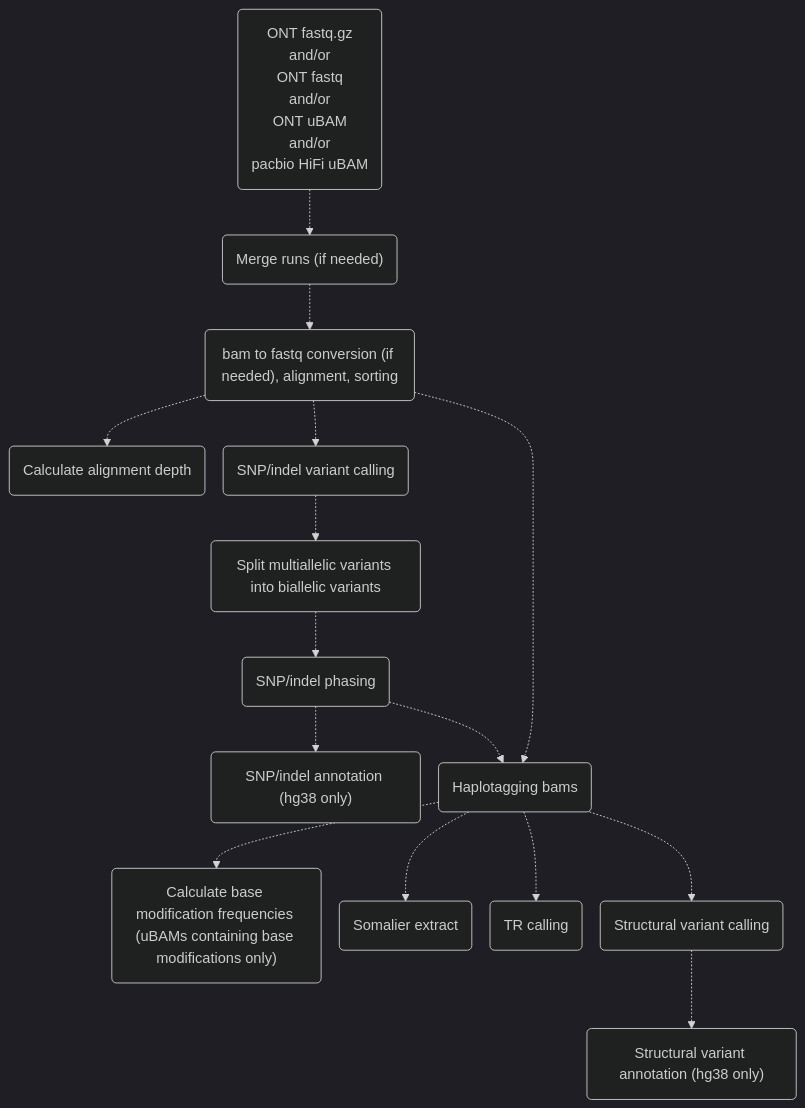
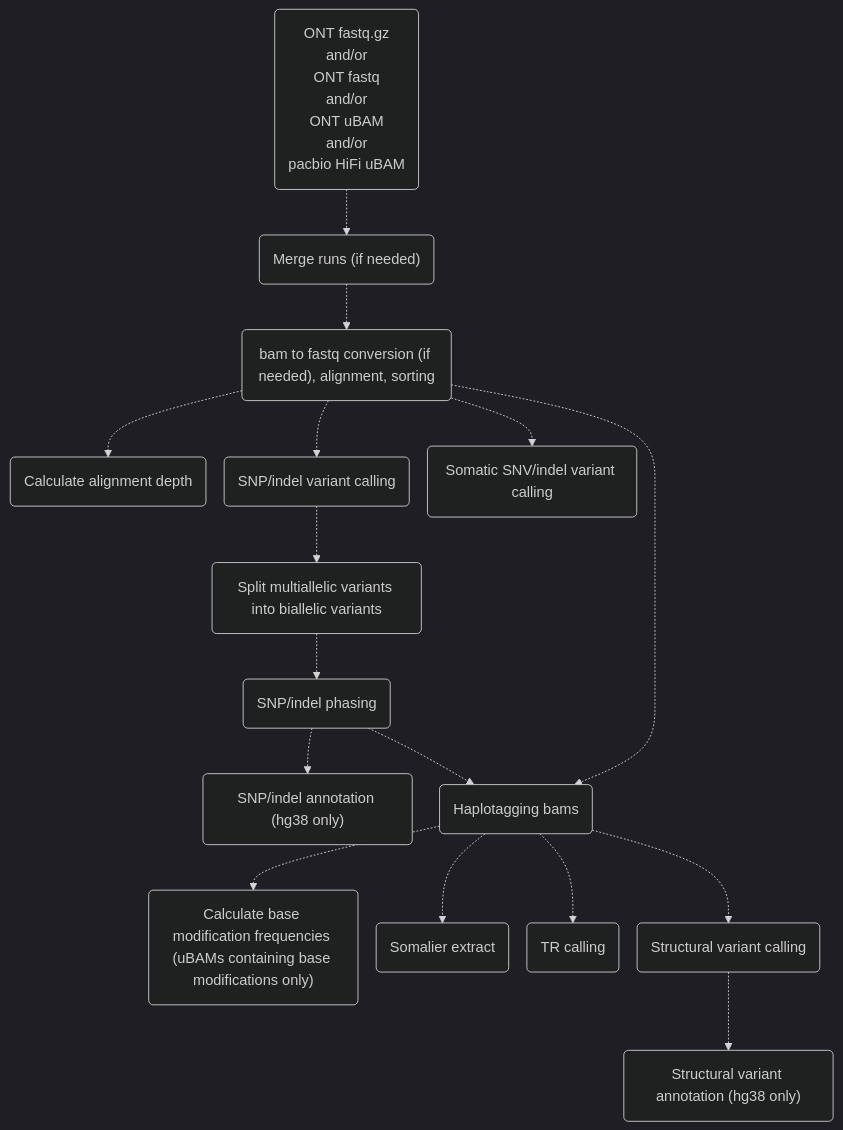
The first of 3 diagrams in docs/pipeface/info.md (leahkemp/pipeface), drawn with Mermaid before and after one commit. The commit also changed other lines of this file and 7 other files, not shown here.

````diff
--- a/docs/pipeface/info.md
+++ b/docs/pipeface/info.md
@@ -7,29 +7,31 @@
 ```mermaid
 %%{init:{'theme':'dark','themeVariables':{'fontSize':'11'},'flowchart':{'nodeSpacing':20}}}%%
 flowchart TB
 
 input_data("ONT fastq.gz <br> and/or <br> ONT fastq <br> and/or <br> ONT uBAM <br> and/or <br> pacbio HiFi uBAM")
 merging("Merge runs (if needed)")
 alignment("bam to fastq conversion (if needed), alignment, sorting")
 depth("Calculate alignment depth")
 snp_indel_calling("SNP/indel variant calling")
+somatic_calling("Somatic SNV/indel variant calling")
 split_multiallele("Split multiallelic variants into biallelic variants")
 snp_indel_phasing("SNP/indel phasing")
 snp_indel_annotation("SNP/indel annotation (hg38 only)")
 haplotagging("Haplotagging bams")
 calculate_base_mod_freqs("Calculate base modification frequencies (uBAMs containing base modifications only)")
 somalier("Somalier extract")
 tr_calling("TR calling")
 sv_calling("Structural variant calling")
 sv_annotation("Structural variant annotation (hg38 only)")
 
 input_data-.->merging-.->alignment-.->snp_indel_calling-.->split_multiallele-.->snp_indel_phasing-.->haplotagging-.->sv_calling
 alignment-.->depth
+alignment-.->somatic_calling
 alignment-.->haplotagging
 haplotagging-.->calculate_base_mod_freqs
 haplotagging-.->somalier
 haplotagging-.->tr_calling
 snp_indel_phasing-.->snp_indel_annotation
 sv_calling-.->sv_annotation
 
 ```
````
